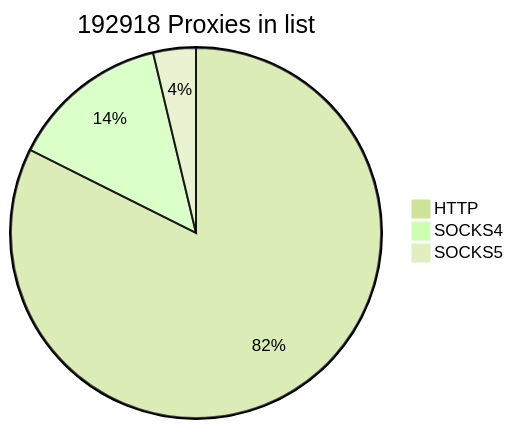
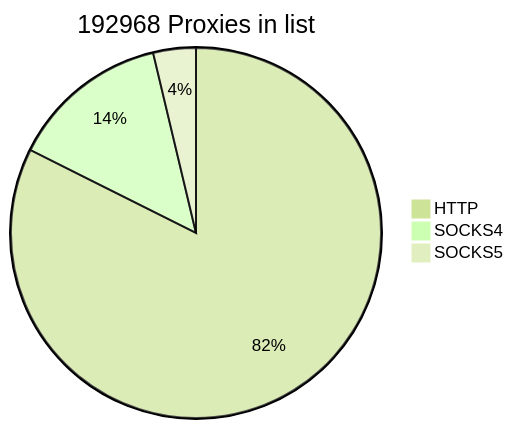
The first of 2 diagrams in README.md (cutipu/proxylist), drawn with Mermaid (forest theme) before and after one commit. The commit also changed other lines of this file, not shown here.

````diff
--- a/README.md
+++ b/README.md
@@ -2,7 +2,7 @@
 ```mermaid
-pie title 192918 Proxies in list
-    "HTTP" : 158960
+pie title 192968 Proxies in list
+    "HTTP" : 159010
     "SOCKS4" : 26774
     "SOCKS5" : 7184
             
 ```
````
